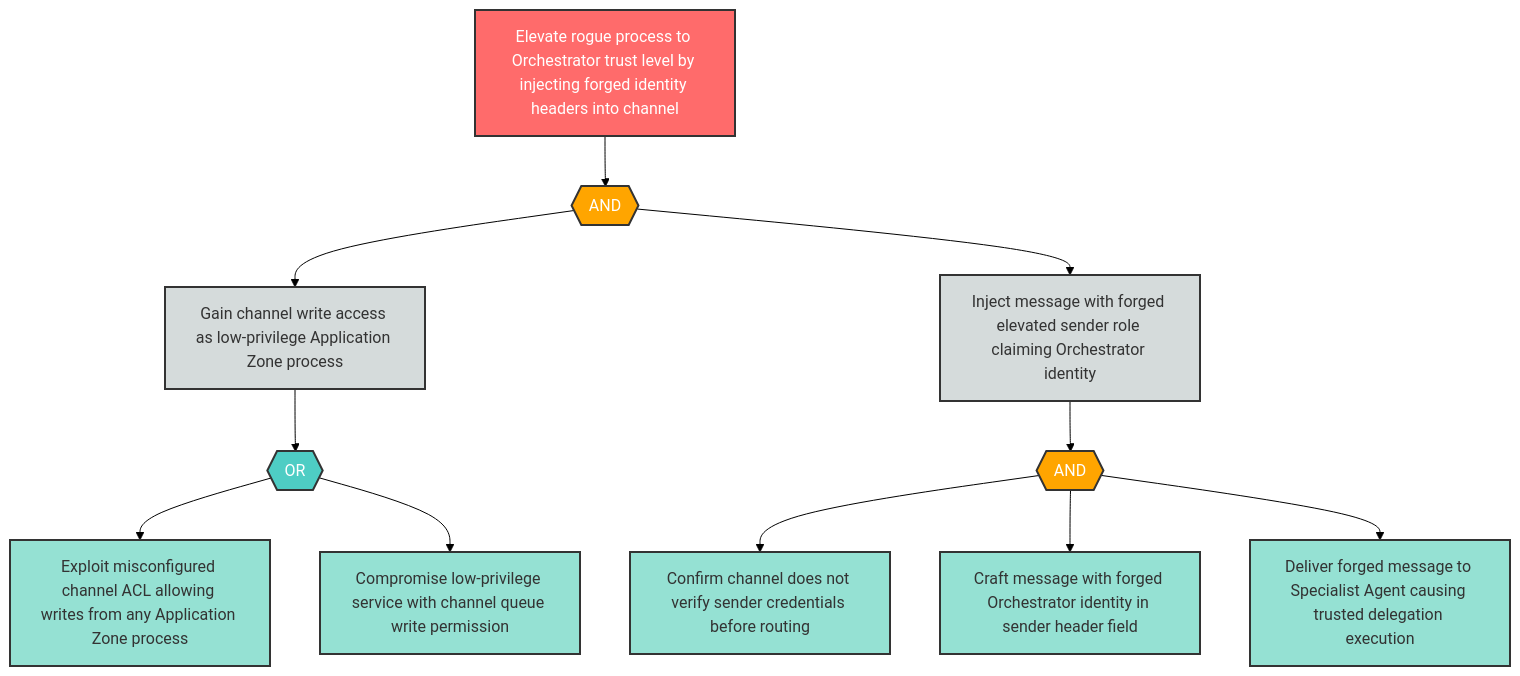
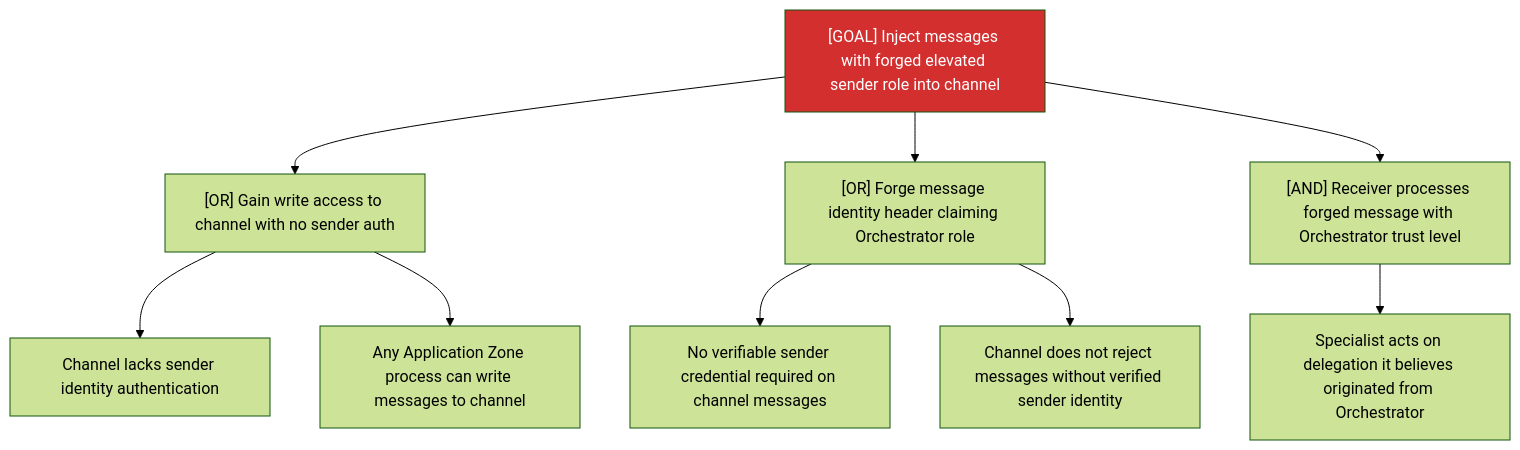
The diagram in examples/agentic-app/sample-report/attack-trees/E-4-attack-tree.md (q-qp-p/davidmatousek-tachi), drawn with Mermaid (forest theme) before and after one commit. The commit also changed other lines of this file and 132 other files, not shown here.

````diff
--- a/examples/agentic-app/sample-report/attack-trees/E-4-attack-tree.md
+++ b/examples/agentic-app/sample-report/attack-trees/E-4-attack-tree.md
@@ -8,37 +7,14 @@
 ```mermaid
-flowchart TD
-    E4_root["Elevate rogue process to Orchestrator trust level by injecting forged identity headers into channel"]
-    E4_and1{{"AND"}}
-    E4_sub1["Gain channel write access as low-privilege Application Zone process"]
-    E4_sub2["Inject message with forged elevated sender role claiming Orchestrator identity"]
-    E4_or1{{"OR"}}
-    E4_leaf1["Exploit misconfigured channel ACL allowing writes from any Application Zone process"]
-    E4_leaf2["Compromise low-privilege service with channel queue write permission"]
-    E4_and2{{"AND"}}
-    E4_leaf3["Confirm channel does not verify sender credentials before routing"]
-    E4_leaf4["Craft message with forged Orchestrator identity in sender header field"]
-    E4_leaf5["Deliver forged message to Specialist Agent causing trusted delegation execution"]
-
-    E4_root --> E4_and1
-    E4_and1 --> E4_sub1
-    E4_and1 --> E4_sub2
-    E4_sub1 --> E4_or1
-    E4_or1 --> E4_leaf1
-    E4_or1 --> E4_leaf2
-    E4_sub2 --> E4_and2
-    E4_and2 --> E4_leaf3
-    E4_and2 --> E4_leaf4
-    E4_and2 --> E4_leaf5
-
-    classDef goal fill:#ff6b6b,stroke:#333,stroke-width:2px,color:#fff
-    classDef andGate fill:#ffa500,stroke:#333,stroke-width:2px,color:#fff
-    classDef orGate fill:#4ecdc4,stroke:#333,stroke-width:2px,color:#fff
-    classDef subGoal fill:#d5dbdb,stroke:#333,stroke-width:2px,color:#333
-    classDef leaf fill:#95e1d3,stroke:#333,stroke-width:2px,color:#333
-
-    class E4_root goal
-    class E4_and1,E4_and2 andGate
-    class E4_or1 orGate
-    class E4_sub1,E4_sub2 subGoal
-    class E4_leaf1,E4_leaf2,E4_leaf3,E4_leaf4,E4_leaf5 leaf
+graph TD
+    Goal["[GOAL] Inject messages with forged elevated sender role into channel"]
+    Goal --> A["[OR] Gain write access to channel with no sender auth"]
+    A --> A1["Channel lacks sender identity authentication"]
+    A --> A2["Any Application Zone process can write messages to channel"]
+    Goal --> B["[OR] Forge message identity header claiming Orchestrator role"]
+    B --> B1["No verifiable sender credential required on channel messages"]
+    B --> B2["Channel does not reject messages without verified sender identity"]
+    Goal --> C["[AND] Receiver processes forged message with Orchestrator trust level"]
+    C --> C1["Specialist acts on delegation it believes originated from Orchestrator"]
+    classDef critical fill:#d32f2f,color:#fff
+    class Goal critical
 ```
````
